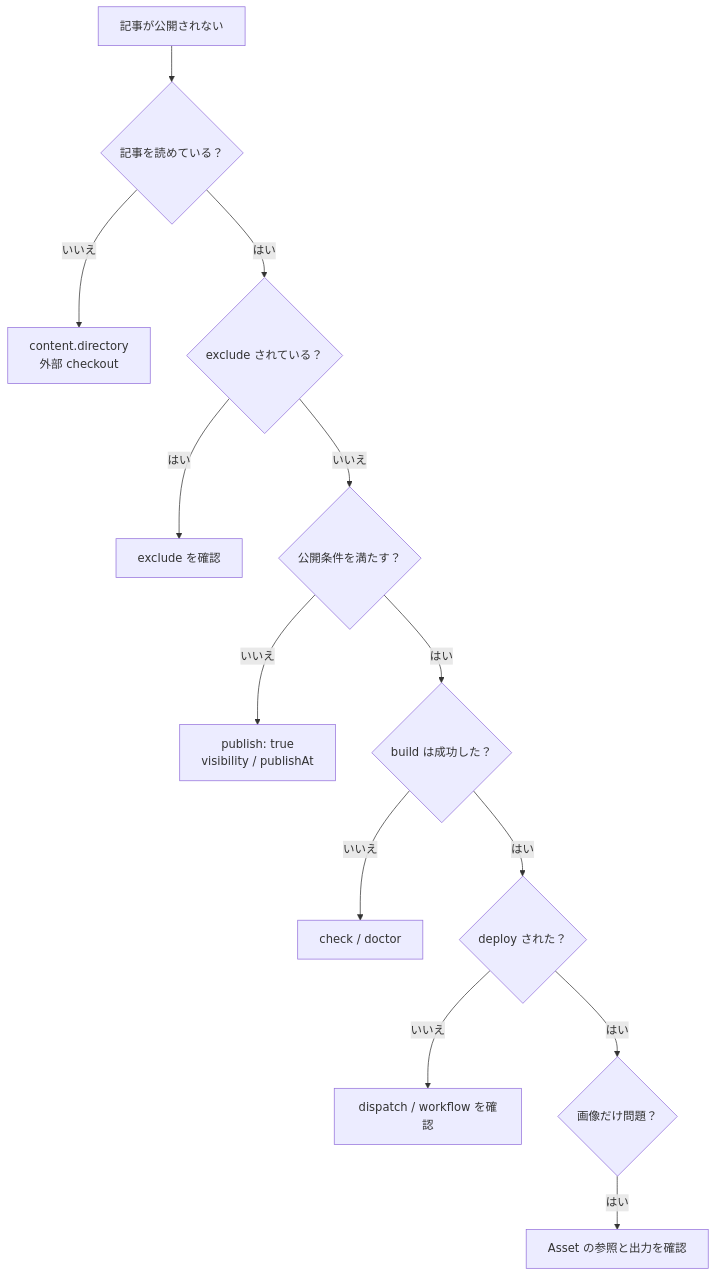
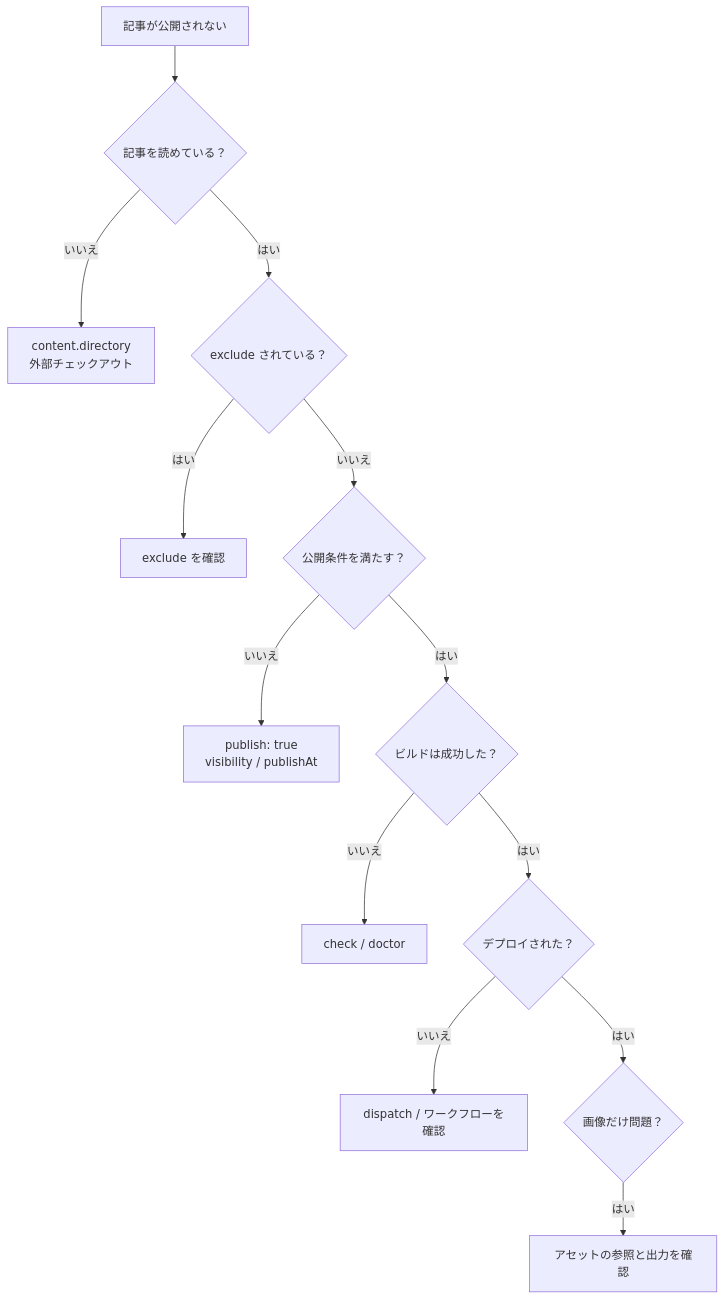
Before and after one commit to Rerurate514/riebeckite: the ninth of 10 diagrams in docs/docs/guides/content-repositories.ja.md, drawn with Mermaid. The commit also changed other lines of this file and 310 other files, not shown here.

````diff
--- a/docs/docs/guides/content-repositories.ja.md
+++ b/docs/docs/guides/content-repositories.ja.md
@@ -522,22 +522,22 @@
 ```mermaid
 flowchart TD
     Start["記事が公開されない"]
 
     Start --> Source{"記事を読めている？"}
-    Source -->|"いいえ"| Directory["content.directory<br/>外部 checkout"]
+    Source -->|"いいえ"| Directory["content.directory<br/>外部チェックアウト"]
     Source -->|"はい"| Exclude{"exclude されている？"}
 
     Exclude -->|"はい"| Config["exclude を確認"]
     Exclude -->|"いいえ"| Publish{"公開条件を満たす？"}
 
     Publish -->|"いいえ"| Frontmatter["publish: true<br/>visibility / publishAt"]
-    Publish -->|"はい"| Build{"build は成功した？"}
+    Publish -->|"はい"| Build{"ビルドは成功した？"}
 
     Build -->|"いいえ"| Diagnostics["check / doctor"]
-    Build -->|"はい"| Deploy{"deploy された？"}
+    Build -->|"はい"| Deploy{"デプロイされた？"}
 
-    Deploy -->|"いいえ"| CI["dispatch / workflow を確認"]
+    Deploy -->|"いいえ"| CI["dispatch / ワークフローを確認"]
     Deploy -->|"はい"| Asset{"画像だけ問題？"}
 
-    Asset -->|"はい"| Copy["Asset の参照と出力を確認"]
+    Asset -->|"はい"| Copy["アセットの参照と出力を確認"]
 ```
````
